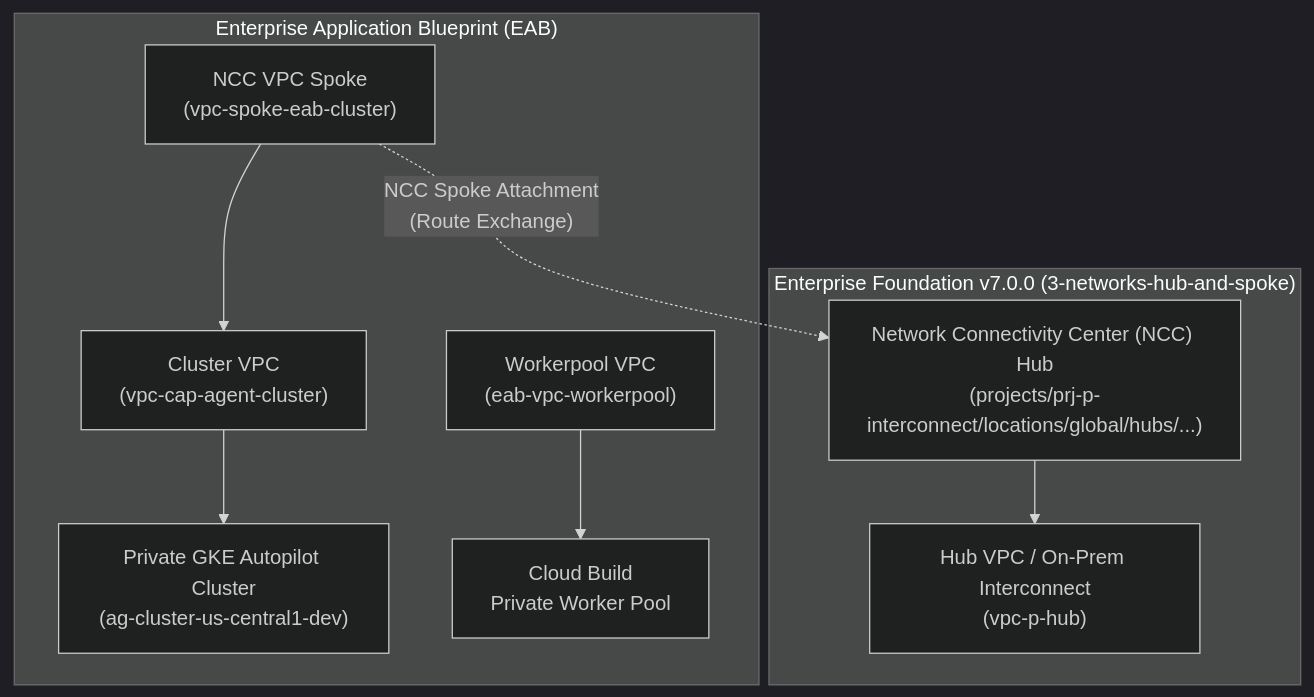
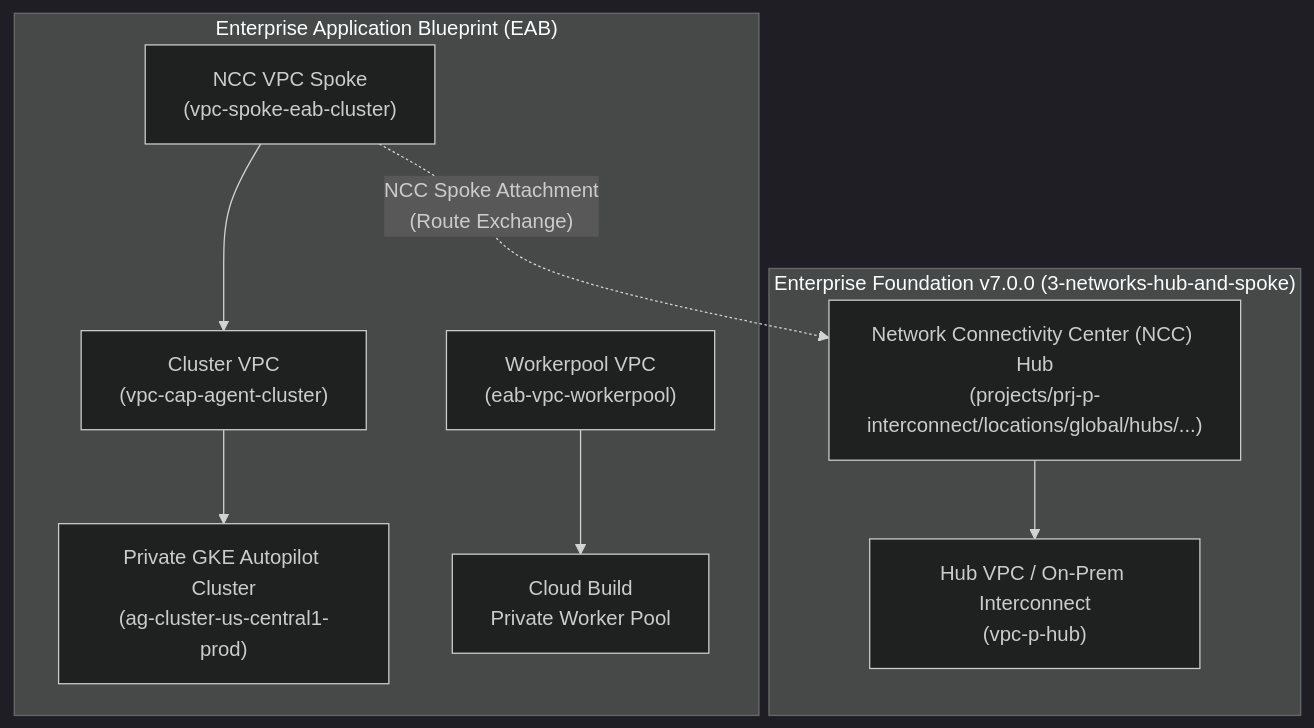
One commit to GoogleCloudPlatform/terraform-google-enterprise-application changed the diagram in docs/deploying-eab-on-foundation-v7-v8.md. Above: the diagram before and after it, drawn with Mermaid (dark theme). The commit also changed other lines of this file and 2 other files, not shown here.

````diff
--- a/docs/deploying-eab-on-foundation-v7-v8.md
+++ b/docs/deploying-eab-on-foundation-v7-v8.md
@@ -44,22 +46,22 @@
 ```mermaid
 flowchart TD
     subgraph Foundation["Enterprise Foundation v7.0.0 (3-networks-hub-and-spoke)"]
         HUB["Network Connectivity Center (NCC) Hub\n(projects/prj-p-interconnect/locations/global/hubs/...)"]
         HUB_VPC["Hub VPC / On-Prem Interconnect\n(vpc-p-hub)"]
         HUB --> HUB_VPC
     end
 
     subgraph EAB["Enterprise Application Blueprint (EAB)"]
         SPOKE["NCC VPC Spoke\n(vpc-spoke-eab-cluster)"]
         CLUSTER_VPC["Cluster VPC\n(vpc-cap-agent-cluster)"]
-        GKE["Private GKE Autopilot Cluster\n(ag-cluster-us-central1-dev)"]
+        GKE["Private GKE Autopilot Cluster\n(ag-cluster-us-central1-prod)"]
         WP_VPC["Workerpool VPC\n(eab-vpc-workerpool)"]
         WP["Cloud Build\nPrivate Worker Pool"]
 
         SPOKE --> CLUSTER_VPC
         CLUSTER_VPC --> GKE
         WP_VPC --> WP
     end
 
     SPOKE -.->|"NCC Spoke Attachment\n(Route Exchange)"| HUB
 ```
````
